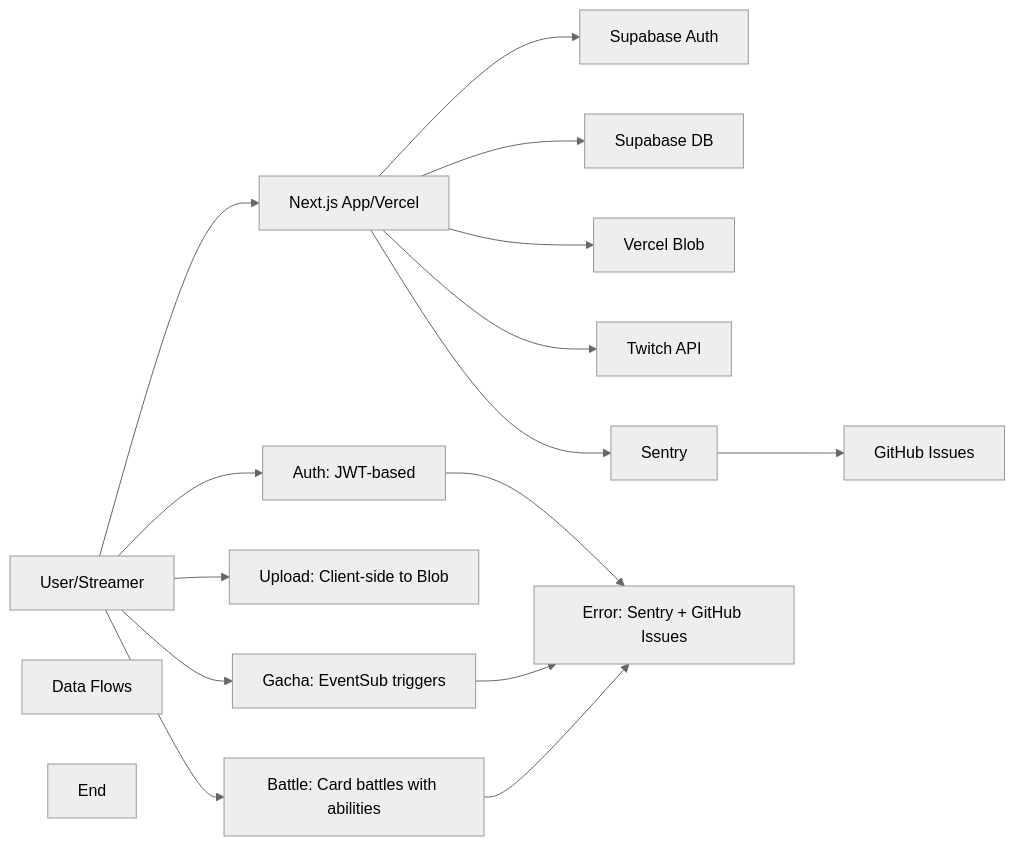
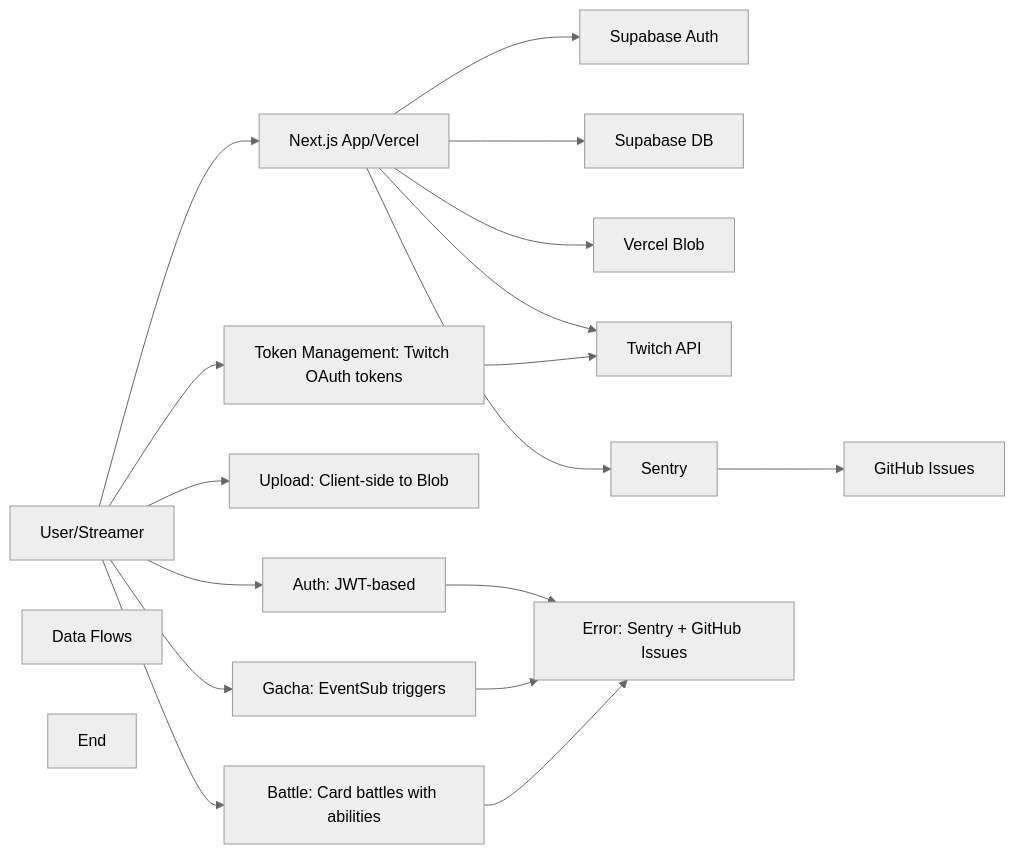
The diagram in docs/ARCHITECTURE.md (azumag/twica), drawn with Mermaid (neutral theme) before and after one commit. The commit also changed other lines of this file and 10 other files, not shown here.

Commit message:
feat: Add Twitch token management implementation (Issue #46)

````diff
--- a/docs/ARCHITECTURE.md
+++ b/docs/ARCHITECTURE.md
@@ -229,26 +230,29 @@
 ```mermaid
 graph LR
     User[User/Streamer] --> NextJS[Next.js App/Vercel]
     NextJS --> SupabaseAuth[Supabase Auth]
     NextJS --> SupabaseDB[Supabase DB]
     NextJS --> VercelBlob[Vercel Blob]
     NextJS --> Twitch[Twitch API]
     NextJS --> Sentry[Sentry]
     Sentry --> GitHub[GitHub Issues]
 
     Subgraph[Data Flows]
     AuthFlow[Auth: JWT-based]
     UploadFlow[Upload: Client-side to Blob]
     GachaFlow[Gacha: EventSub triggers]
     BattleFlow[Battle: Card battles with abilities]
     ErrorTracking[Error: Sentry + GitHub Issues]
+    TokenManagement[Token Management: Twitch OAuth tokens]
     End
 
     User --> AuthFlow
     User --> UploadFlow
     User --> GachaFlow
     User --> BattleFlow
+    User --> TokenManagement
     AuthFlow --> ErrorTracking
     GachaFlow --> ErrorTracking
     BattleFlow --> ErrorTracking
+    TokenManagement --> Twitch
 ```
````
